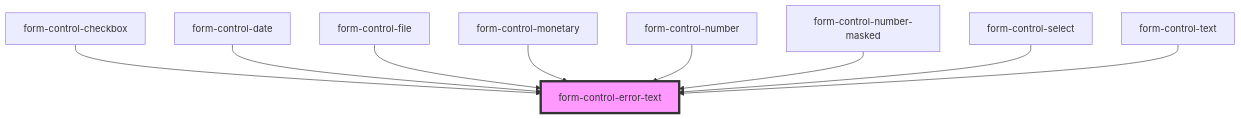
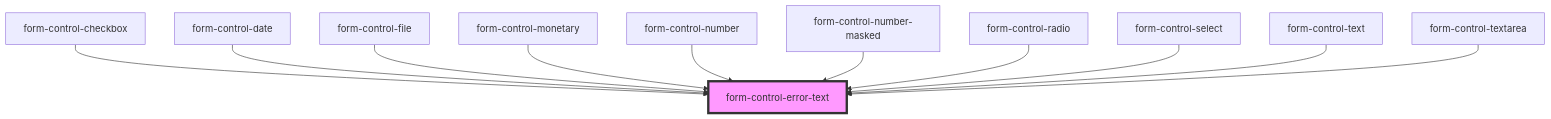
Before and after one commit to justifi-tech/web-component-library: the diagram in packages/webcomponents/src/ui-components/form/form-helpers/form-control-error-text/readme.md, drawn with Mermaid. The commit also changed other lines of this file and 8 other files, not shown here.

````diff
--- a/packages/webcomponents/src/ui-components/form/form-helpers/form-control-error-text/readme.md
+++ b/packages/webcomponents/src/ui-components/form/form-helpers/form-control-error-text/readme.md
@@ -30,12 +32,14 @@
 ```mermaid
 graph TD;
   form-control-checkbox --> form-control-error-text
   form-control-date --> form-control-error-text
   form-control-file --> form-control-error-text
   form-control-monetary --> form-control-error-text
   form-control-number --> form-control-error-text
   form-control-number-masked --> form-control-error-text
+  form-control-radio --> form-control-error-text
   form-control-select --> form-control-error-text
   form-control-text --> form-control-error-text
+  form-control-textarea --> form-control-error-text
   style form-control-error-text fill:#f9f,stroke:#333,stroke-width:4px
 ```
````
